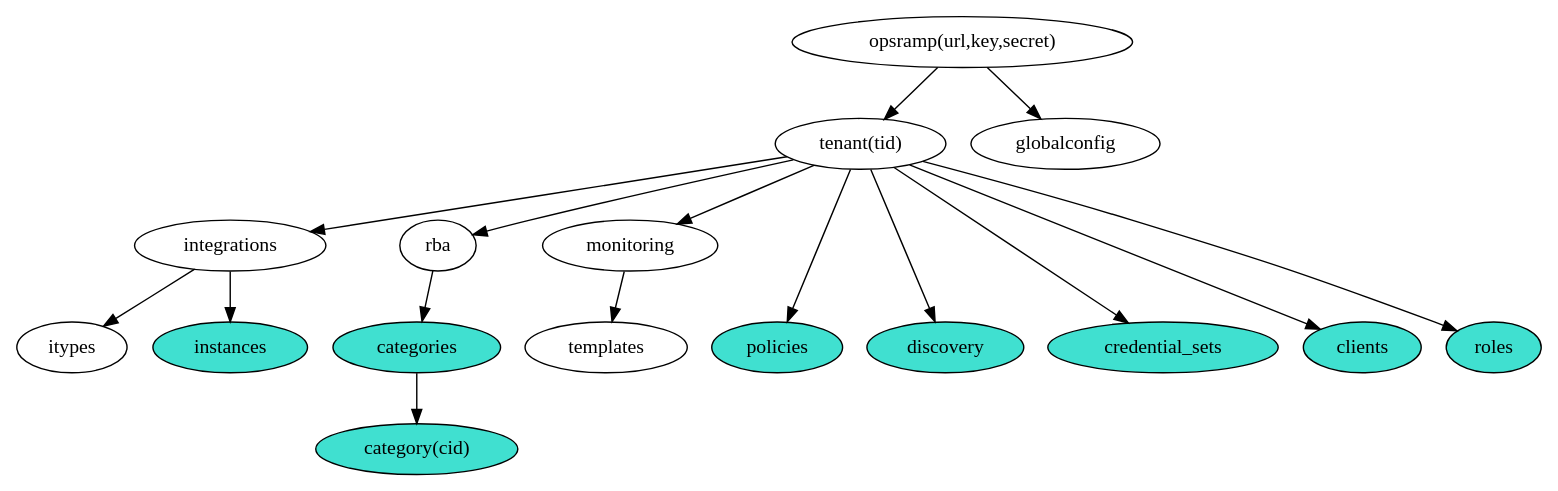
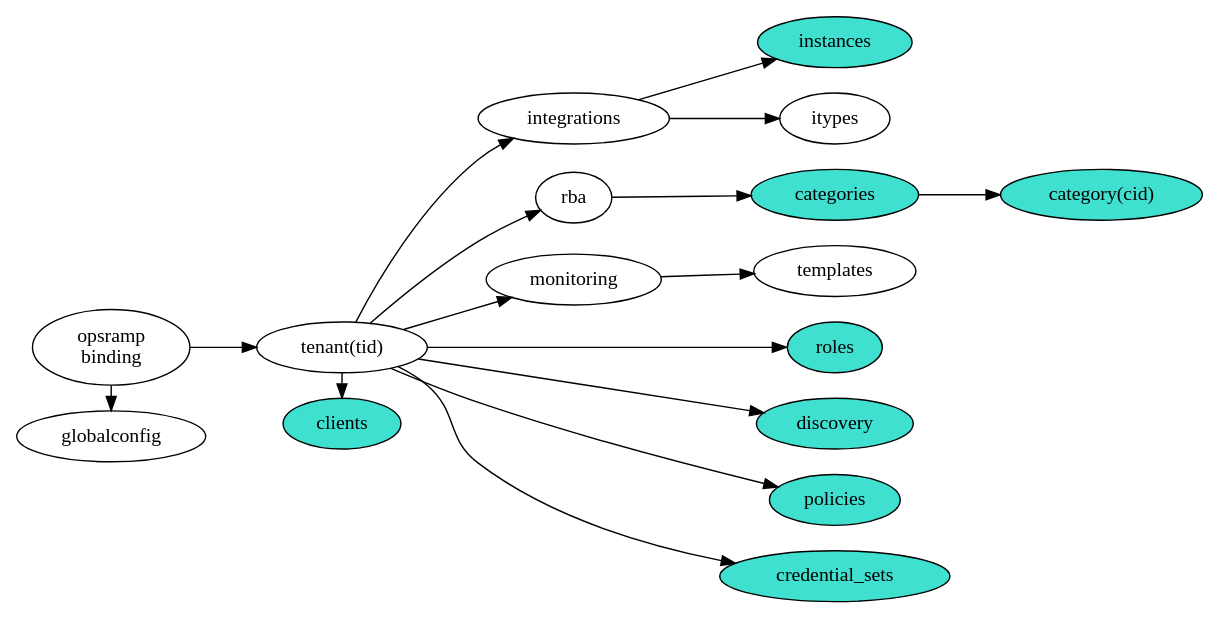
Before and after one commit to HewlettPackard/python-opsramp: the diagram in classes.dot, drawn with Graphviz. The commit also changed 3 other files, not shown here.

First line of the commit message:
Add roles to README and update class diagram

```diff
--- a/classes.dot
+++ b/classes.dot
@@ -1,38 +1,42 @@
 # classes.dot
 # An input file for graphviz that produces a diagram of the relationship
 # between the various classes in the python-opsramp language binding.
 #
 # (c) Copyright 2019 Hewlett Packard Enterprise Development LP
 #
 # Licensed under the Apache License, Version 2.0 (the "License");
 # you may not use this file except in compliance with the License.
 # You may obtain a copy of the License at
 #
 #     http://www.apache.org/licenses/LICENSE-2.0
 #
 # Unless required by applicable law or agreed to in writing, software
 # distributed under the License is distributed on an "AS IS" BASIS,
 # WITHOUT WARRANTIES OR CONDITIONS OF ANY KIND, either express or implied.
 # See the License for the specific language governing permissions and
 # limitations under the License.
 #
 digraph {
-  opsramp -> { tenant globalconfig }
-  tenant -> { integrations rba monitoring policies discovery credential_sets clients roles }
+  rankdir="LR";
+  binding -> { globalconfig tenant }
+  tenant -> { clients integrations rba monitoring roles discovery policies credential_sets }
   rba -> categories
   categories -> category
   monitoring -> templates
-  integrations -> { itypes instances }
-  { rank=same categories templates clients policies itypes instances discovery credential_sets roles }
+  integrations -> { instances itypes }
 
-  opsramp [label="opsramp(url,key,secret)"]
+  { rank=same binding globalconfig }
+  { rank=same tenant clients }
+  { rank=same categories templates policies itypes instances discovery credential_sets roles }
+
+  binding [label="opsramp\nbinding"]
   tenant [label="tenant(tid)"]
   category [label="category(cid)" style="filled" fillcolor="turquoise"]
   instances [style="filled" fillcolor="turquoise"]
   categories [style="filled" fillcolor="turquoise"]
   policies [style="filled" fillcolor="turquoise"]
   clients [style="filled" fillcolor="turquoise"]
   discovery [style="filled" fillcolor="turquoise"]
   credential_sets [style="filled" fillcolor="turquoise"]
   roles [style="filled" fillcolor="turquoise"]
 }
```
